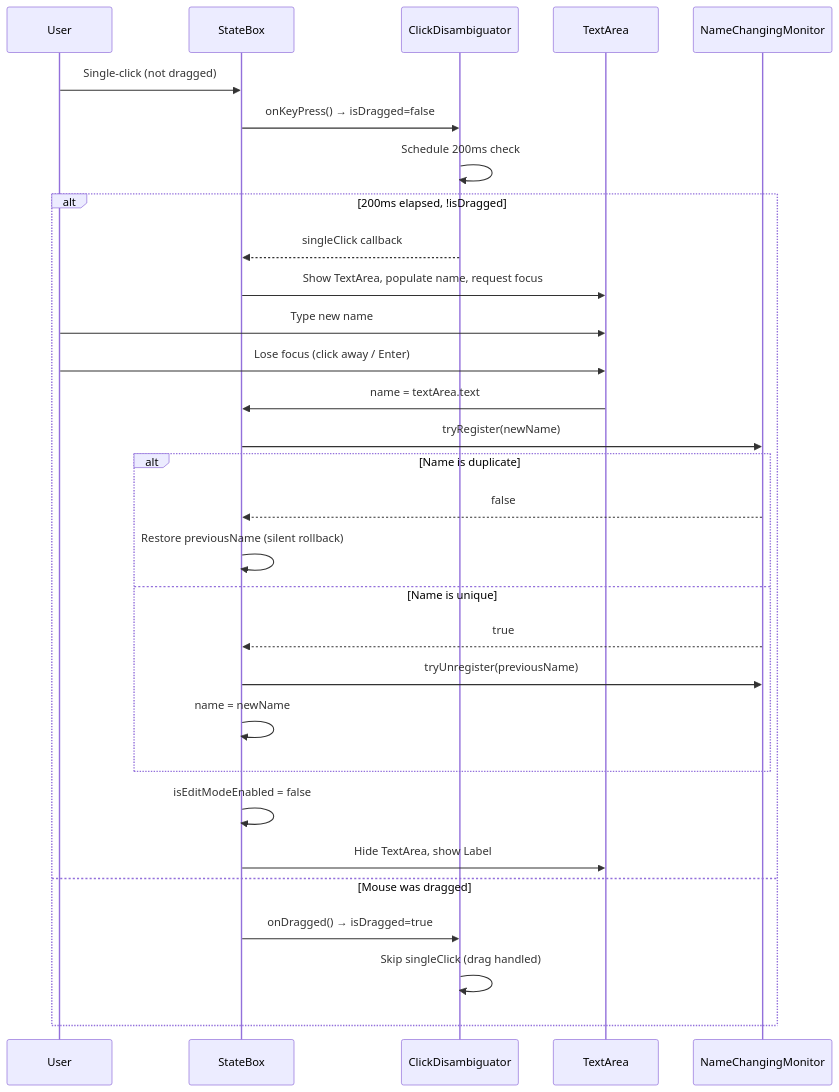
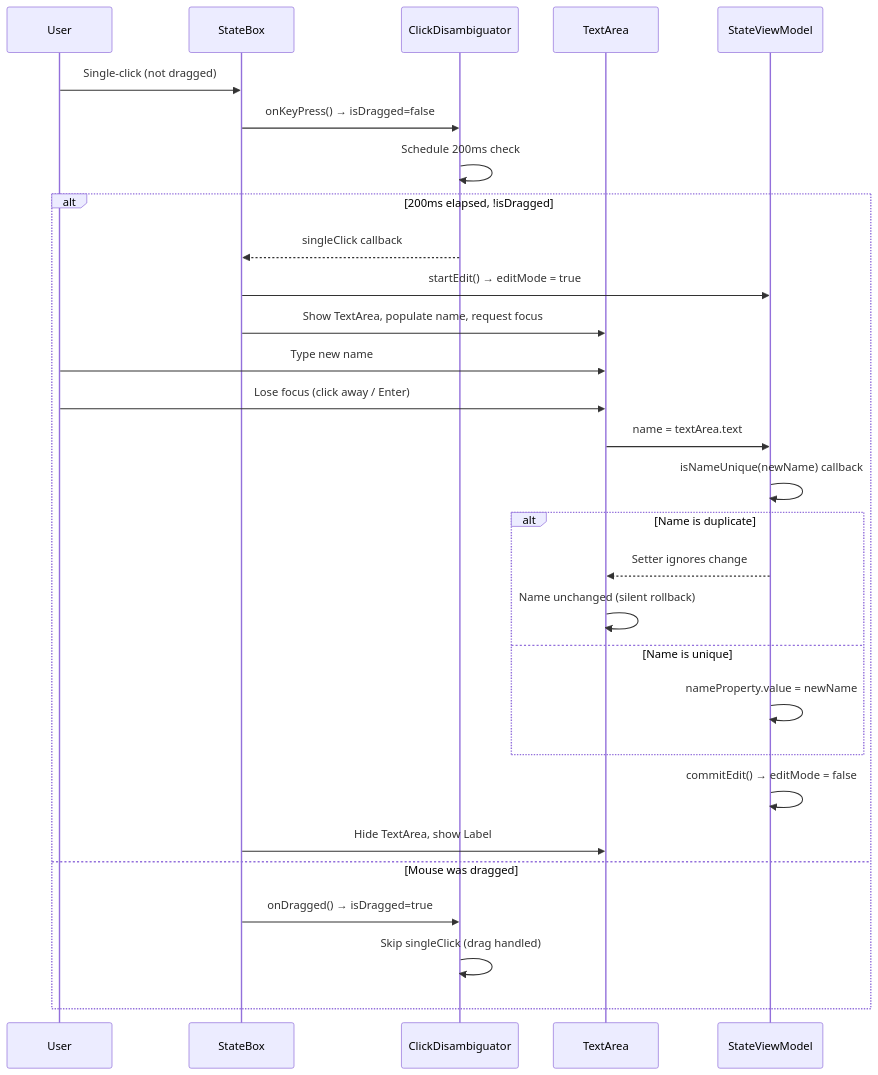
Before and after one commit to SmallBossGames/isma: the diagram in docs/isma-ui/blueprint-editor/03-ux-spec.md, drawn with Mermaid. The commit also changed other lines of this file and 3 other files, not shown here.

````diff
--- a/docs/isma-ui/blueprint-editor/03-ux-spec.md
+++ b/docs/isma-ui/blueprint-editor/03-ux-spec.md
@@ -35,33 +35,32 @@
 ```mermaid
 sequenceDiagram
     participant U as User
     participant SB as StateBox
     participant CD as ClickDisambiguator
     participant TA as TextArea
-    participant NM as NameChangingMonitor
+    participant SVM as StateViewModel
 
     U->>SB: Single-click (not dragged)
     SB->>CD: onKeyPress() → isDragged=false
     CD->>CD: Schedule 200ms check
     alt 200ms elapsed, !isDragged
         CD-->>SB: singleClick callback
+        SB->>SVM: startEdit() → editMode = true
         SB->>TA: Show TextArea, populate name, request focus
         U->>TA: Type new name
         U->>TA: Lose focus (click away / Enter)
-        TA->>SB: name = textArea.text
-        SB->>NM: tryRegister(newName)
+        TA->>SVM: name = textArea.text
+        SVM->>SVM: isNameUnique(newName) callback
         alt Name is duplicate
-            NM-->>SB: false
-            SB->>SB: Restore previousName (silent rollback)
+            SVM-->>TA: Setter ignores change
+            TA->>TA: Name unchanged (silent rollback)
         else Name is unique
-            NM-->>SB: true
-            SB->>NM: tryUnregister(previousName)
-            SB->>SB: name = newName
+            SVM->>SVM: nameProperty.value = newName
         end
-        SB->>SB: isEditModeEnabled = false
+        SVM->>SVM: commitEdit() → editMode = false
         SB->>TA: Hide TextArea, show Label
     else Mouse was dragged
         SB->>CD: onDragged() → isDragged=true
         CD->>CD: Skip singleClick (drag handled)
     end
 ```
````
